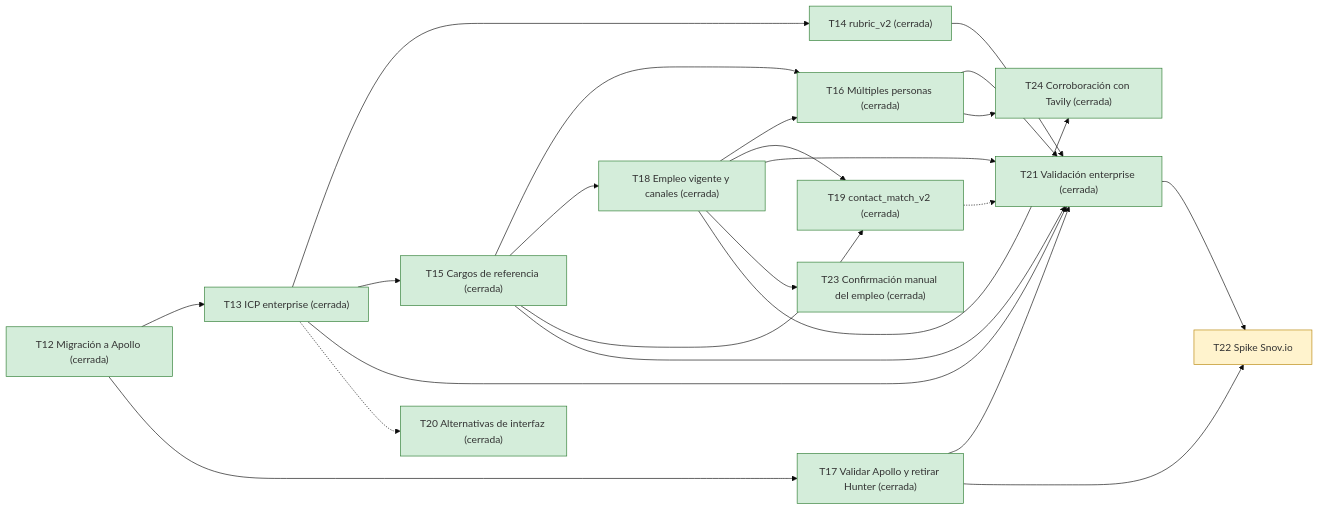
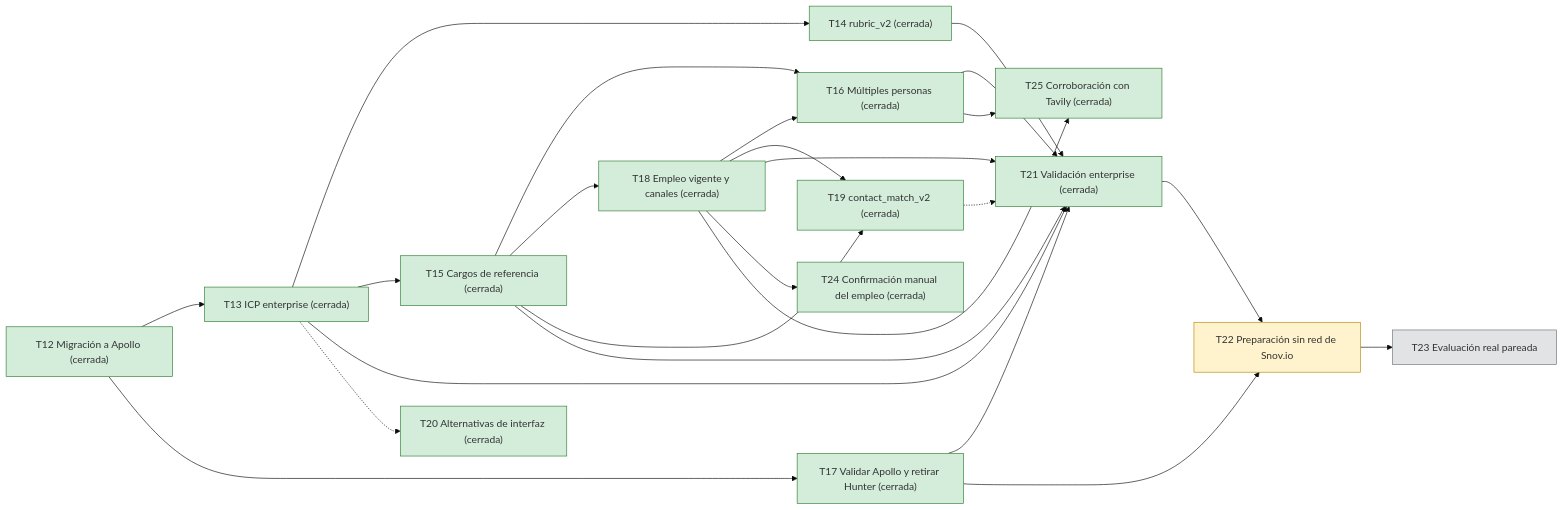
The diagram in docs/Roadmap.md (ThomasSerna/veryfi-prospecting), drawn with Mermaid (base theme) before and after one commit. The commit also changed other lines of this file, not shown here.

````diff
--- a/docs/Roadmap.md
+++ b/docs/Roadmap.md
@@ -52,40 +56,43 @@
 ```mermaid
 flowchart LR
     T12["T12 Migración a Apollo (cerrada)"]:::closed
     T13["T13 ICP enterprise (cerrada)"]:::closed
     T14["T14 rubric_v2 (cerrada)"]:::closed
     T15["T15 Cargos de referencia (cerrada)"]:::closed
     T16["T16 Múltiples personas (cerrada)"]:::closed
     T17["T17 Validar Apollo y retirar Hunter (cerrada)"]:::closed
     T18["T18 Empleo vigente y canales (cerrada)"]:::closed
     T19["T19 contact_match_v2 (cerrada)"]:::closed
     T20["T20 Alternativas de interfaz (cerrada)"]:::closed
     T21["T21 Validación enterprise (cerrada)"]:::closed
-    T22["T22 Spike Snov.io"]:::ready
-    T23["T23 Confirmación manual del empleo (cerrada)"]:::closed
-    T24["T24 Corroboración con Tavily (cerrada)"]:::closed
+    T22["T22 Preparación sin red de Snov.io"]:::ready
+    T23["T23 Evaluación real pareada"]:::blocked
+    T24["T24 Confirmación manual del empleo (cerrada)"]:::closed
+    T25["T25 Corroboración con Tavily (cerrada)"]:::closed
     T12 --> T13
     T12 --> T17
     T13 --> T14
     T13 --> T15
     T15 --> T16
     T15 --> T18
     T15 --> T19
     T18 --> T16
     T18 --> T19
     T13 --> T21
     T14 --> T21
     T15 --> T21
     T16 --> T21
     T17 --> T21
     T18 --> T21
     T21 --> T22
     T17 --> T22
+    T22 --> T23
     T13 -.-> T20
     T19 -.-> T21
-    T18 --> T23
     T18 --> T24
-    T16 --> T24
+    T18 --> T25
+    T16 --> T25
     classDef closed fill:#d4edda,stroke:#2e7d32
     classDef ready fill:#fff3cd,stroke:#b8860b
+    classDef blocked fill:#e2e3e5,stroke:#6c757d
 ```
````
